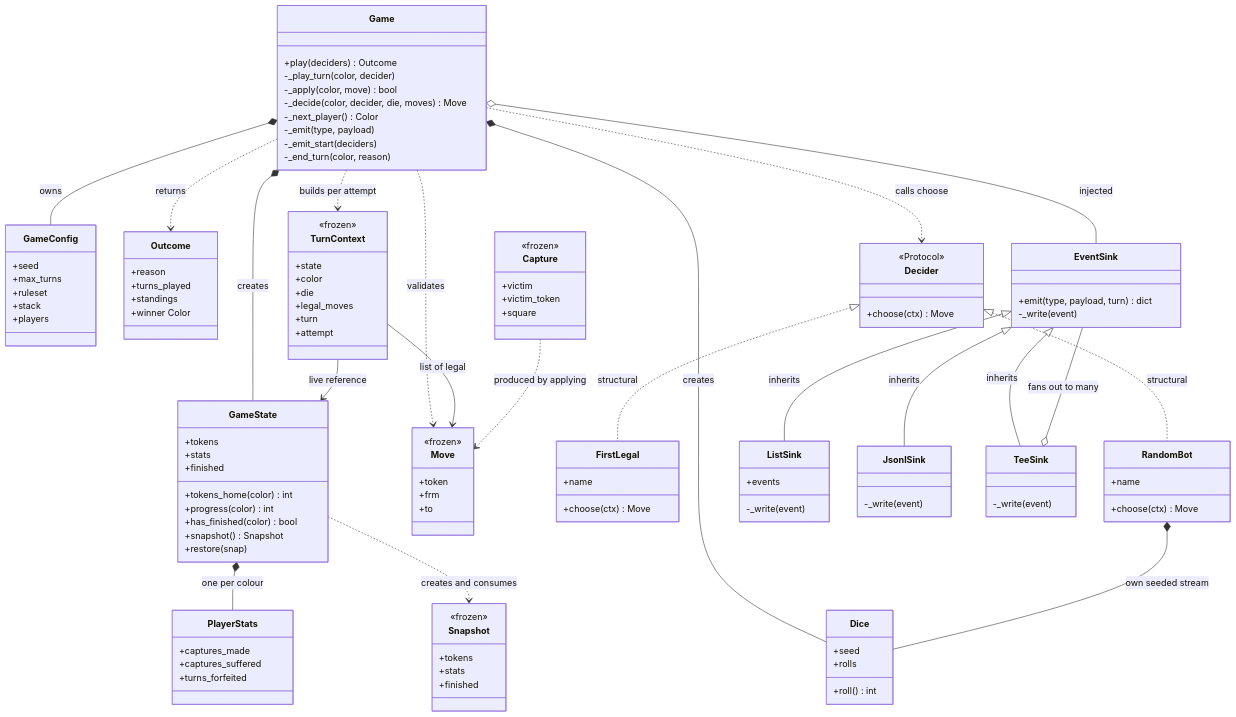
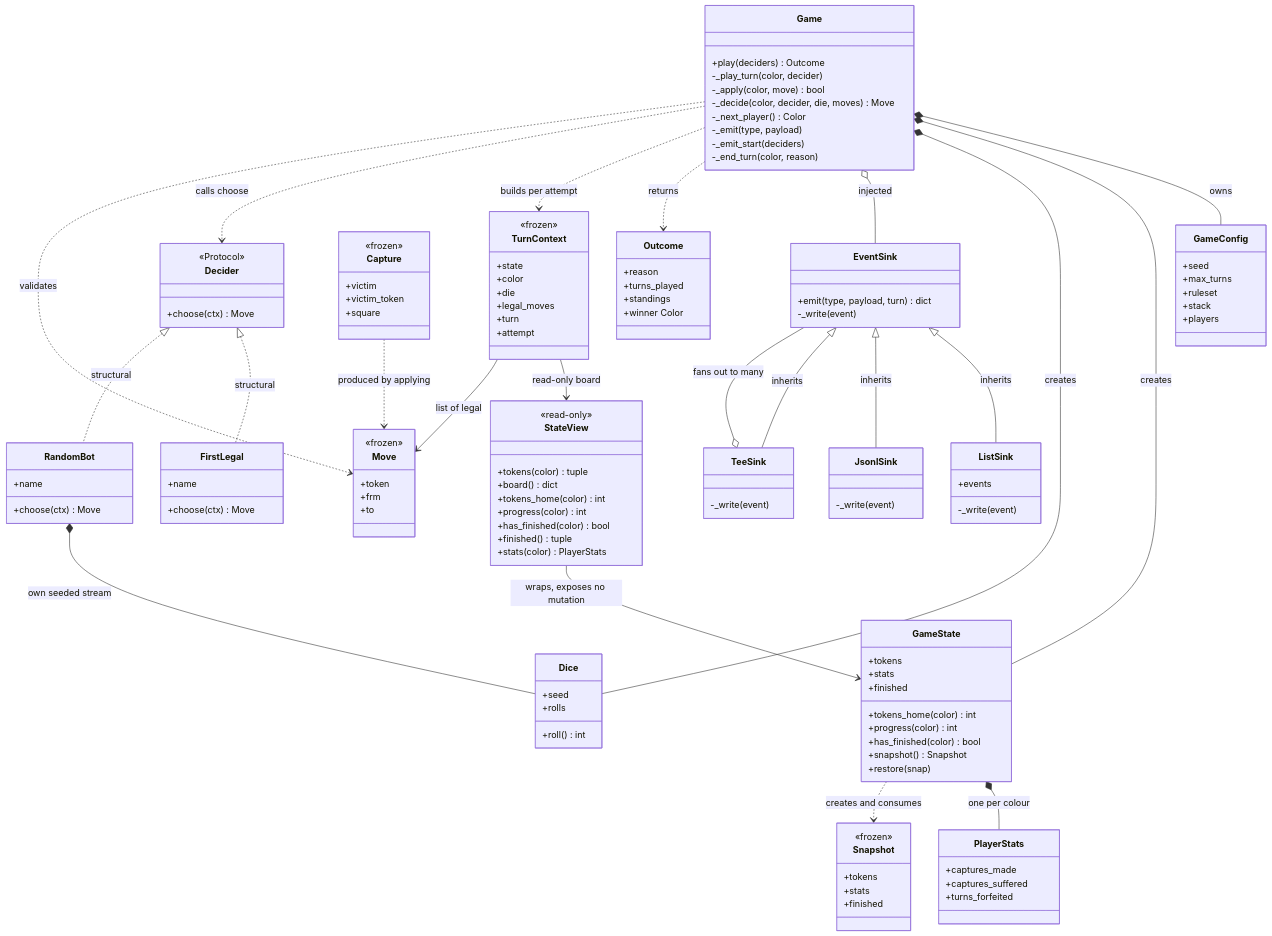
One commit to itamittech/llmeval changed the first of 14 diagrams in docs/projects/ludo/class-design.md. Above: the diagram before and after it, drawn with Mermaid. The commit also changed other lines of this file and 10 other files, not shown here.

First line of the commit message:
ci: add GitHub Actions; give deciders a read-only StateView

```diff
--- a/docs/projects/ludo/class-design.md
+++ b/docs/projects/ludo/class-design.md
@@ -98,6 +98,17 @@
         +attempt
     }
 
+    class StateView {
+        <<read-only>>
+        +tokens(color) tuple
+        +board() dict
+        +tokens_home(color) int
+        +progress(color) int
+        +has_finished(color) bool
+        +finished() tuple
+        +stats(color) PlayerStats
+    }
+
     class Decider {
         <<Protocol>>
         +choose(ctx) Move
@@ -143,8 +154,9 @@
     GameState *-- PlayerStats : one per colour
     GameState ..> Snapshot : creates and consumes
 
-    TurnContext --> GameState : live reference
+    TurnContext --> StateView : read-only board
     TurnContext --> Move : list of legal
+    StateView --> GameState : wraps, exposes no mutation
 
     Decider <|.. FirstLegal : structural
     Decider <|.. RandomBot : structural
```
